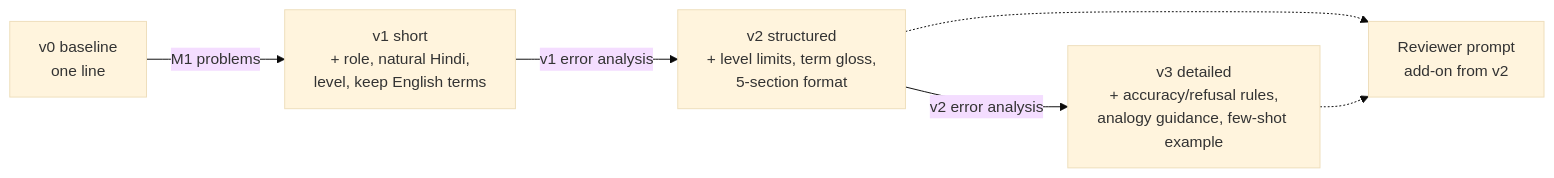
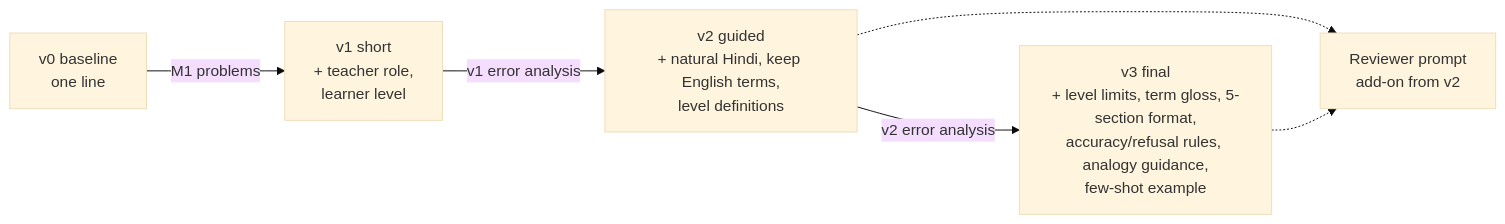
Before and after one commit to jnsuhani/matrabhasha.ai: the second of 3 diagrams in design/design.md, drawn with Mermaid (base theme). The commit also changed other lines of this file and 17 other files, not shown here.

````diff
--- a/design/design.md
+++ b/design/design.md
@@ -44,8 +44,8 @@
 ```mermaid
 flowchart LR
-    V0[v0 baseline<br/>one line] -->|M1 problems| V1[v1 short<br/>+ role, natural Hindi,<br/>level, keep English terms]
-    V1 -->|v1 error analysis| V2[v2 structured<br/>+ level limits, term gloss,<br/>5-section format]
-    V2 -->|v2 error analysis| V3[v3 detailed<br/>+ accuracy/refusal rules,<br/>analogy guidance, few-shot example]
+    V0[v0 baseline<br/>one line] -->|M1 problems| V1[v1 short<br/>+ teacher role,<br/>learner level]
+    V1 -->|v1 error analysis| V2[v2 guided<br/>+ natural Hindi, keep English terms,<br/>level definitions]
+    V2 -->|v2 error analysis| V3[v3 final<br/>+ level limits, term gloss, 5-section format,<br/>accuracy/refusal rules, analogy guidance,<br/>few-shot example]
     V2 -.-> R[Reviewer prompt<br/>add-on from v2]
     V3 -.-> R
 ```
````
